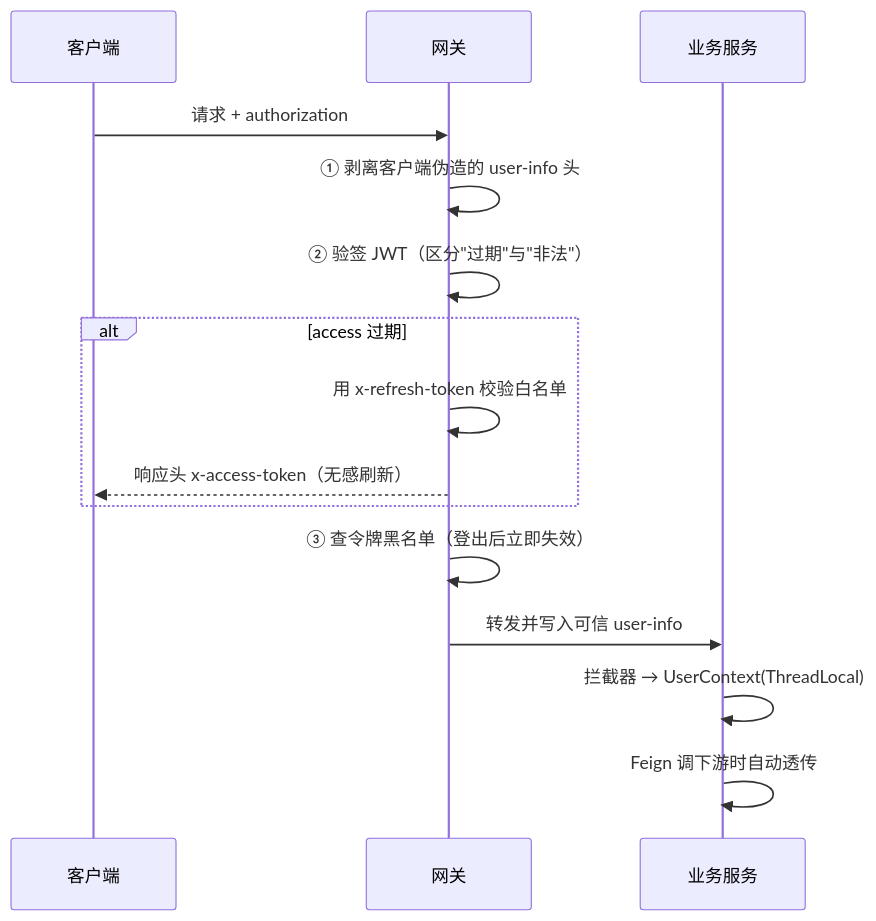
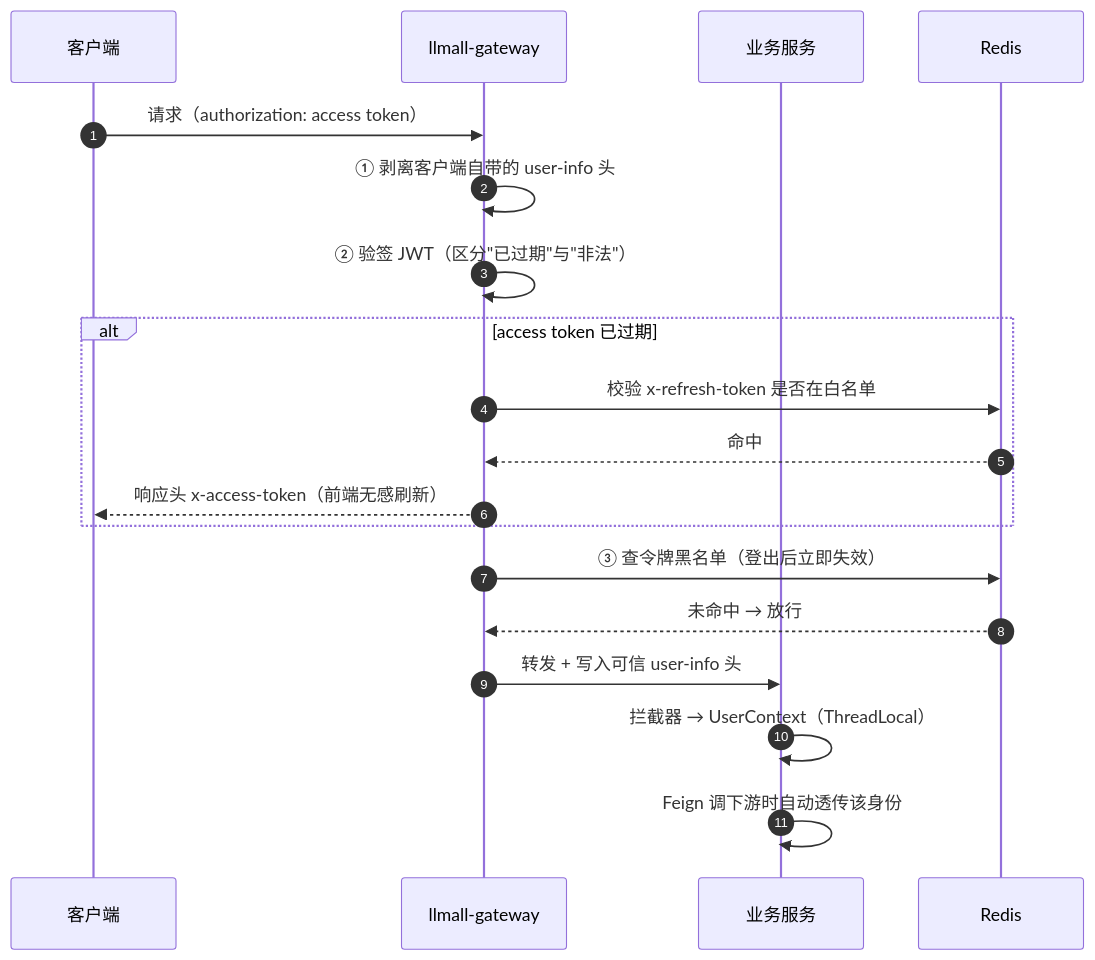
The second of 7 diagrams in README.md (mortalRain/llmall), drawn with Mermaid before and after one commit. The commit also changed other lines of this file and 2 other files, not shown here.

First line of the commit message:
docs: 重构首页、架构设计与部署规范（图形化 + 事实自洽）

````diff
--- a/README.md
+++ b/README.md
@@ -83,17 +121,22 @@
 ```mermaid
 sequenceDiagram
+    autonumber
     participant C as 客户端
-    participant G as 网关
+    participant G as llmall-gateway
     participant S as 业务服务
-    C->>G: 请求 + authorization
-    G->>G: ① 剥离客户端伪造的 user-info 头
-    G->>G: ② 验签 JWT（区分"过期"与"非法"）
-    alt access 过期
-        G->>G: 用 x-refresh-token 校验白名单
-        G-->>C: 响应头 x-access-token（无感刷新）
+    participant R as Redis
+
+    C->>G: 请求（authorization: access token）
+    G->>G: ① 剥离客户端自带的 user-info 头
+    G->>G: ② 验签 JWT（区分"已过期"与"非法"）
+    alt access token 已过期
+        G->>R: 校验 x-refresh-token 是否在白名单
+        R-->>G: 命中
+        G-->>C: 响应头 x-access-token（前端无感刷新）
     end
-    G->>G: ③ 查令牌黑名单（登出后立即失效）
-    G->>S: 转发并写入可信 user-info
-    S->>S: 拦截器 → UserContext(ThreadLocal)
-    S->>S: Feign 调下游时自动透传
+    G->>R: ③ 查令牌黑名单（登出后立即失效）
+    R-->>G: 未命中 → 放行
+    G->>S: 转发 + 写入可信 user-info 头
+    S->>S: 拦截器 → UserContext（ThreadLocal）
+    S->>S: Feign 调下游时自动透传该身份
 ```
````
